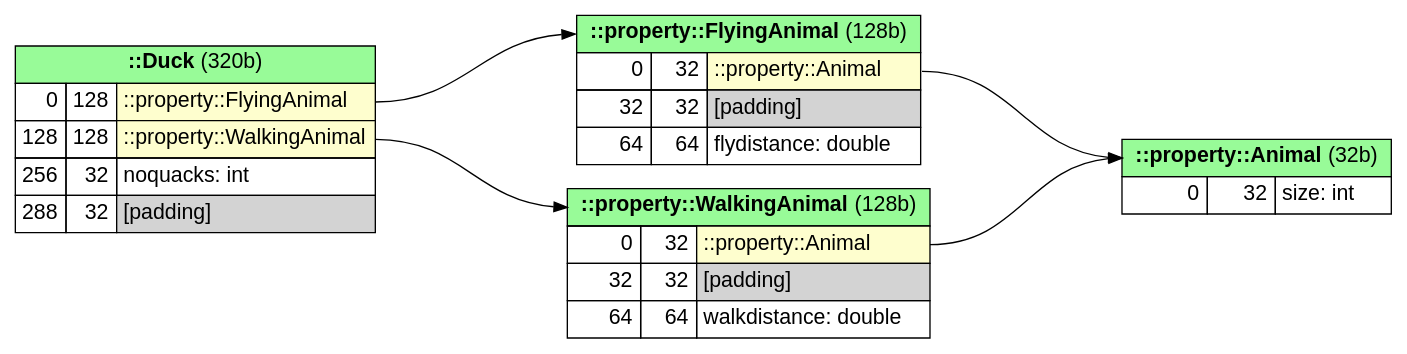
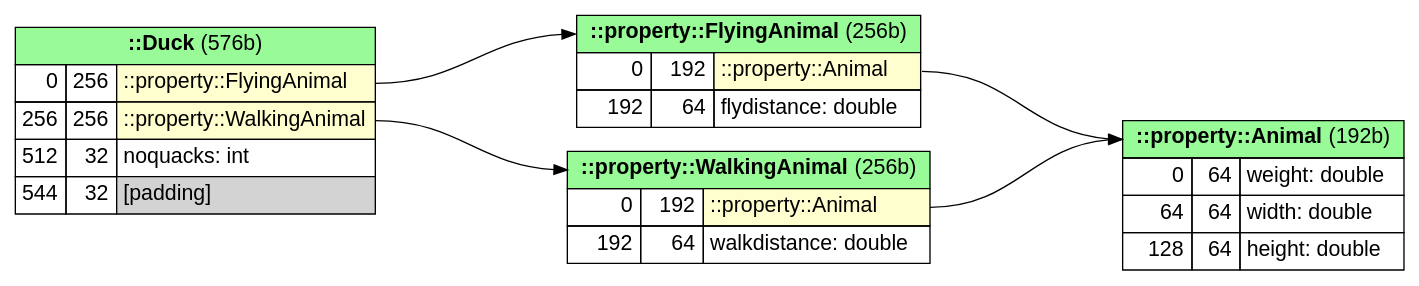
Before and after one commit to anetczuk/gcc-uml: the diagram in examples/inheritgraph/inherit_diamond1.cpp.memlay.dot, drawn with Graphviz. The commit also changed 7 other files, not shown here.

```diff
--- a/examples/inheritgraph/inherit_diamond1.cpp.memlay.dot
+++ b/examples/inheritgraph/inherit_diamond1.cpp.memlay.dot
@@ -1,72 +1,72 @@
 digraph memory_layout {
 
 fontname="Helvetica,Arial,sans-serif"
 node [fontname="Helvetica,Arial,sans-serif"]
 edge [fontname="Helvetica,Arial,sans-serif"]
 
 graph [
     rankdir = "LR"
 ];
 node [
     fontsize = "16"
     shape = "record"
 ];
 
 ranksep = 2
 
 
 # items subgraph
 {
 
     "-Duck" [
         shape=plain
         label=
         <<table border="0" cellborder="1" cellspacing="0" cellpadding="4">
-            <tr> <td colspan="3" bgcolor="PaleGreen" port='-1'> <b>::Duck</b>  (320b)</td> </tr>
-            <tr> <td align="right" port='in_0'>0</td> <td align="right">128</td> <td align="left" bgcolor='#FEFECE' port='out_0'>::property::FlyingAnimal</td> </tr>
-            <tr> <td align="right" port='in_1'>128</td> <td align="right">128</td> <td align="left" bgcolor='#FEFECE' port='out_1'>::property::WalkingAnimal</td> </tr>
-            <tr> <td align="right" port='in_2'>256</td> <td align="right">32</td> <td align="left" port='out_2'>noquacks: int</td> </tr>
-            <tr> <td align="right" port='in_3'>288</td> <td align="right">32</td> <td align="left" bgcolor='lightgray' port='out_3'>[padding]</td> </tr>
+            <tr> <td colspan="3" bgcolor="PaleGreen" port='-1'> <b>::Duck</b>  (576b)</td> </tr>
+            <tr> <td align="right" port='in_0'>0</td> <td align="right">256</td> <td align="left" bgcolor='#FEFECE' port='out_0'>::property::FlyingAnimal</td> </tr>
+            <tr> <td align="right" port='in_1'>256</td> <td align="right">256</td> <td align="left" bgcolor='#FEFECE' port='out_1'>::property::WalkingAnimal</td> </tr>
+            <tr> <td align="right" port='in_2'>512</td> <td align="right">32</td> <td align="left" port='out_2'>noquacks: int</td> </tr>
+            <tr> <td align="right" port='in_3'>544</td> <td align="right">32</td> <td align="left" bgcolor='lightgray' port='out_3'>[padding]</td> </tr>
         </table>>
     ]
 
     "-property-WalkingAnimal" [
         shape=plain
         label=
         <<table border="0" cellborder="1" cellspacing="0" cellpadding="4">
-            <tr> <td colspan="3" bgcolor="PaleGreen" port='-1'> <b>::property::WalkingAnimal</b>  (128b)</td> </tr>
-            <tr> <td align="right" port='in_0'>0</td> <td align="right">32</td> <td align="left" bgcolor='#FEFECE' port='out_0'>::property::Animal</td> </tr>
-            <tr> <td align="right" port='in_1'>32</td> <td align="right">32</td> <td align="left" bgcolor='lightgray' port='out_1'>[padding]</td> </tr>
-            <tr> <td align="right" port='in_2'>64</td> <td align="right">64</td> <td align="left" port='out_2'>walkdistance: double</td> </tr>
+            <tr> <td colspan="3" bgcolor="PaleGreen" port='-1'> <b>::property::WalkingAnimal</b>  (256b)</td> </tr>
+            <tr> <td align="right" port='in_0'>0</td> <td align="right">192</td> <td align="left" bgcolor='#FEFECE' port='out_0'>::property::Animal</td> </tr>
+            <tr> <td align="right" port='in_1'>192</td> <td align="right">64</td> <td align="left" port='out_1'>walkdistance: double</td> </tr>
         </table>>
     ]
 
     "-property-FlyingAnimal" [
         shape=plain
         label=
         <<table border="0" cellborder="1" cellspacing="0" cellpadding="4">
-            <tr> <td colspan="3" bgcolor="PaleGreen" port='-1'> <b>::property::FlyingAnimal</b>  (128b)</td> </tr>
-            <tr> <td align="right" port='in_0'>0</td> <td align="right">32</td> <td align="left" bgcolor='#FEFECE' port='out_0'>::property::Animal</td> </tr>
-            <tr> <td align="right" port='in_1'>32</td> <td align="right">32</td> <td align="left" bgcolor='lightgray' port='out_1'>[padding]</td> </tr>
-            <tr> <td align="right" port='in_2'>64</td> <td align="right">64</td> <td align="left" port='out_2'>flydistance: double</td> </tr>
+            <tr> <td colspan="3" bgcolor="PaleGreen" port='-1'> <b>::property::FlyingAnimal</b>  (256b)</td> </tr>
+            <tr> <td align="right" port='in_0'>0</td> <td align="right">192</td> <td align="left" bgcolor='#FEFECE' port='out_0'>::property::Animal</td> </tr>
+            <tr> <td align="right" port='in_1'>192</td> <td align="right">64</td> <td align="left" port='out_1'>flydistance: double</td> </tr>
         </table>>
     ]
 
     "-property-Animal" [
         shape=plain
         label=
         <<table border="0" cellborder="1" cellspacing="0" cellpadding="4">
-            <tr> <td colspan="3" bgcolor="PaleGreen" port='-1'> <b>::property::Animal</b>  (32b)</td> </tr>
-            <tr> <td align="right" port='in_0'>0</td> <td align="right">32</td> <td align="left" port='out_0'>size: int</td> </tr>
+            <tr> <td colspan="3" bgcolor="PaleGreen" port='-1'> <b>::property::Animal</b>  (192b)</td> </tr>
+            <tr> <td align="right" port='in_0'>0</td> <td align="right">64</td> <td align="left" port='out_0'>weight: double</td> </tr>
+            <tr> <td align="right" port='in_1'>64</td> <td align="right">64</td> <td align="left" port='out_1'>width: double</td> </tr>
+            <tr> <td align="right" port='in_2'>128</td> <td align="right">64</td> <td align="left" port='out_2'>height: double</td> </tr>
         </table>>
     ]
 
 
     "-Duck":"out_0" -> "-property-FlyingAnimal":"-1"
     "-Duck":"out_1" -> "-property-WalkingAnimal":"-1"
     "-property-WalkingAnimal":"out_0" -> "-property-Animal":"-1"
     "-property-FlyingAnimal":"out_0" -> "-property-Animal":"-1"
 
 }  # end of items subgraph
 
 }  # end of graph
```
